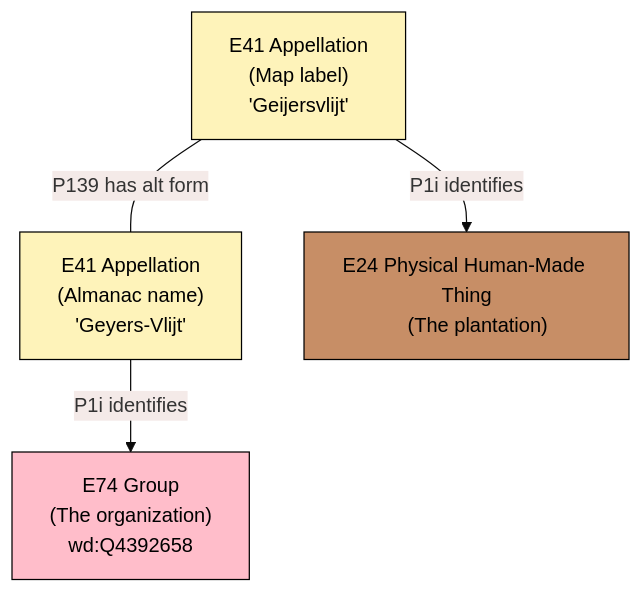
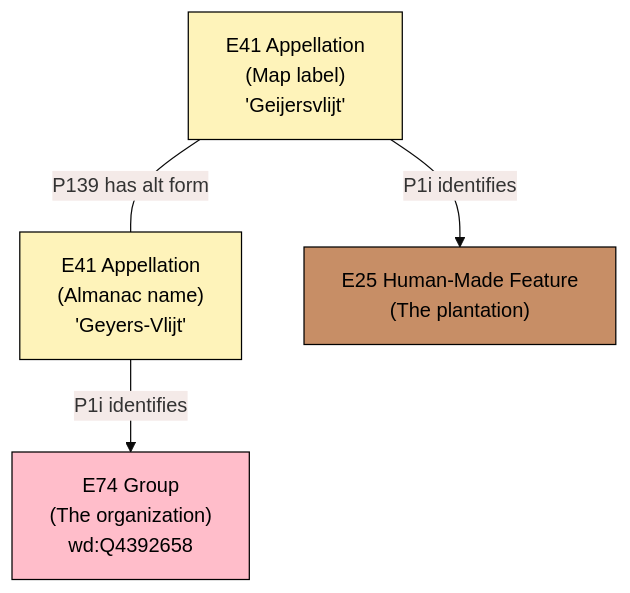
The sixth of 8 diagrams in docs/models/source-pattern-explained.mdx (jonaschlegel/suriname-database-model), drawn with Mermaid before and after one commit. The commit also changed other lines of this file and 41 other files, not shown here.

````diff
--- a/docs/models/source-pattern-explained.mdx
+++ b/docs/models/source-pattern-explained.mdx
@@ -281,30 +281,30 @@
 ```mermaid
 %%{init: {'theme': 'base', 'themeVariables': { 'primaryColor': '#e8f4ea'}}}%%
 flowchart TB
     E41_MAP["E41 Appellation
     (Map label)
     'Geijersvlijt'"]
 
     E41_ALM["E41 Appellation
     (Almanac name)
     'Geyers-Vlijt'"]
 
-    E24["E24 Physical Human-Made Thing
+    E25["E25 Human-Made Feature
     (The plantation)"]
 
     E74_ORG["E74 Group
     (The organization)
     wd:Q4392658"]
 
-    E41_MAP -->|"P1i identifies"| E24
+    E41_MAP -->|"P1i identifies"| E25
     E41_ALM -->|"P1i identifies"| E74_ORG
     E41_MAP ---|"P139 has alt form"| E41_ALM
 
     classDef crm_E41_Appellation fill:#fef3ba,stroke:#000000,color:#000000
     classDef crm_E18_Physical_Thing fill:#c78e66,stroke:#000000,color:#000000
     classDef crm_E39_Actor fill:#ffbdca,stroke:#000000,color:#000000
 
     class E41_MAP,E41_ALM crm_E41_Appellation
-    class E24 crm_E18_Physical_Thing
+    class E25 crm_E18_Physical_Thing
     class E74_ORG crm_E39_Actor
 ```
````
